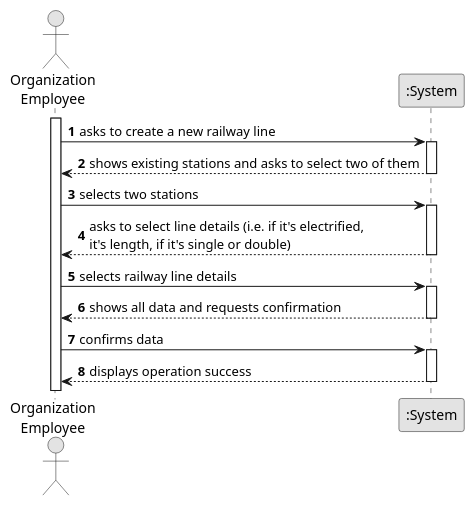
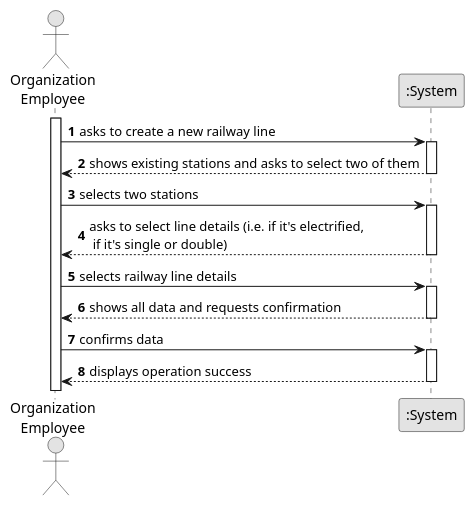
The diagram in docs/system-documentation/US008/01.requirements-engineering/puml/US008-SSD.puml (1240826/empire-on-tracks), drawn with PlantUML before and after one commit. The commit also changed 3 other files, not shown here.

```diff
--- a/docs/system-documentation/US008/01.requirements-engineering/puml/US008-SSD.puml
+++ b/docs/system-documentation/US008/01.requirements-engineering/puml/US008-SSD.puml
@@ -1,36 +1,36 @@
 @startuml
 skinparam monochrome true
 skinparam packageStyle rectangle
 skinparam shadowing false
 
 autonumber
 
 actor "Organization\nEmployee" as Employee
 participant ":System" as System
 
 activate Employee
 
     Employee -> System : asks to create a new railway line
     activate System
 
         System --> Employee : shows existing stations and asks to select two of them
     deactivate System
 
     Employee -> System : selects two stations
     activate System
 
-        System --> Employee : asks to select line details (i.e. if it's electrified,\nit's length, if it's single or double)
+        System --> Employee : asks to select line details (i.e. if it's electrified,\n if it's single or double)
     deactivate System
 
     Employee -> System : selects railway line details
     activate System
 
         System --> Employee : shows all data and requests confirmation
     deactivate System
 
     Employee -> System : confirms data
     activate System
 
         System --> Employee : displays operation success
     deactivate System
 @enduml
```
